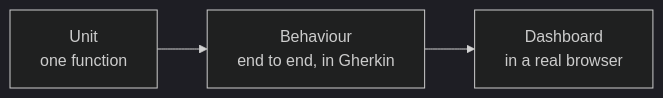
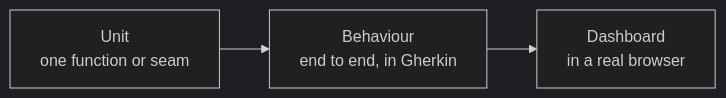
Before and after one commit to affinidi-ai/agent-gateway: the diagram in docs/development/TESTING.md, drawn with Mermaid (dark theme). The commit also changed other lines of this file and 4 other files, not shown here.

````diff
--- a/docs/development/TESTING.md
+++ b/docs/development/TESTING.md
@@ -18,4 +19,4 @@
 ```mermaid
 flowchart LR
-    U["Unit<br/>one function"] --> B["Behaviour<br/>end to end, in Gherkin"] --> D["Dashboard<br/>in a real browser"]
+    U["Unit<br/>one function or seam"] --> B["Behaviour<br/>end to end, in Gherkin"] --> D["Dashboard<br/>in a real browser"]
 ```
````
